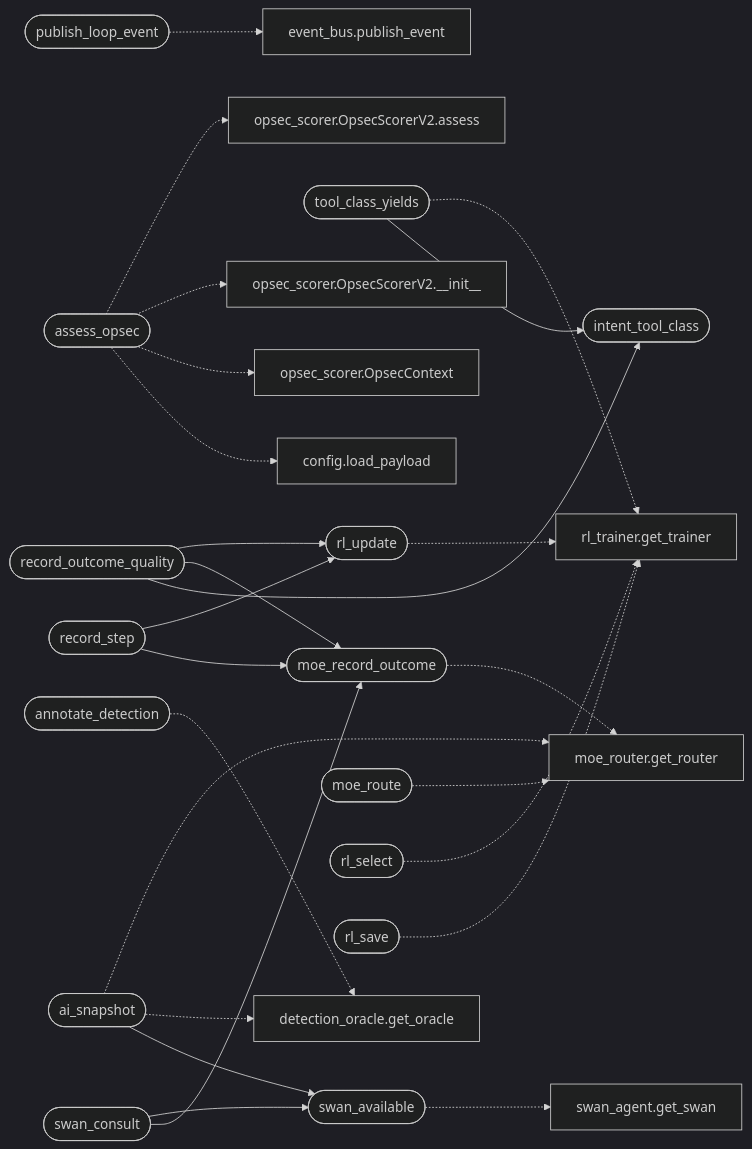
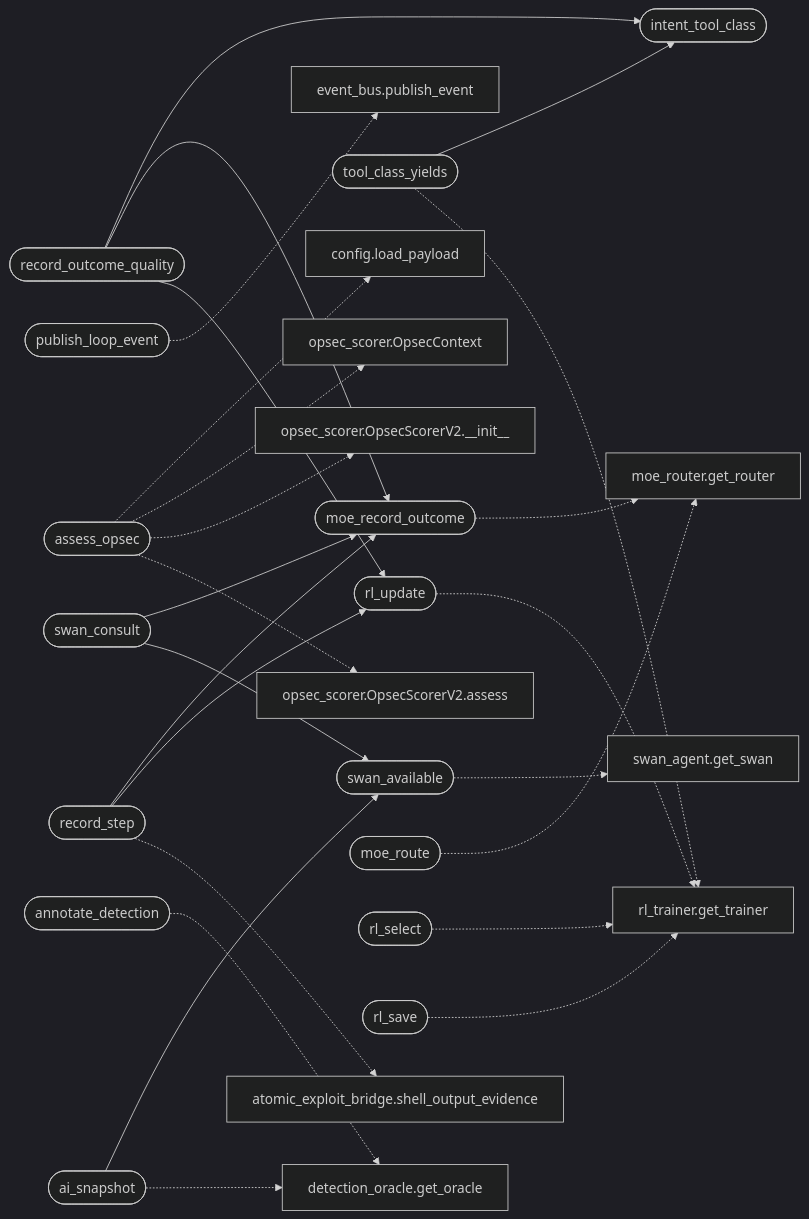
Before and after one commit to grisuno/LazyOwn: the diagram in readmenator-apidocs/modules/modules.loop_ai_bridge.py.md, drawn with Mermaid (dark theme). The commit also changed other lines of this file and 244 other files, not shown here.

````diff
--- a/readmenator-apidocs/modules/modules.loop_ai_bridge.py.md
+++ b/readmenator-apidocs/modules/modules.loop_ai_bridge.py.md
@@ -23,51 +23,52 @@
 ```mermaid
 flowchart LR
     n_modules_loop_ai_bridge_py__record_outcome_quality(["record_outcome_quality"])
     n_modules_loop_ai_bridge_py__intent_tool_class(["intent_tool_class"])
     n_modules_loop_ai_bridge_py__moe_record_outcome(["moe_record_outcome"])
     n_modules_loop_ai_bridge_py__rl_update(["rl_update"])
     n_modules_loop_ai_bridge_py__tool_class_yields(["tool_class_yields"])
     n_modules_loop_ai_bridge_py__record_step(["record_step"])
     n_modules_loop_ai_bridge_py__swan_consult(["swan_consult"])
     n_modules_loop_ai_bridge_py__swan_available(["swan_available"])
     n_modules_loop_ai_bridge_py__ai_snapshot(["ai_snapshot"])
     n_modules_loop_ai_bridge_py__publish_loop_event(["publish_loop_event"])
     n_modules_event_bus_py__publish_event["event_bus.publish_event"]
     n_modules_loop_ai_bridge_py__assess_opsec(["assess_opsec"])
     n_core_config_py__load_payload["config.load_payload"]
     n_modules_opsec_scorer_py__OpsecContext["opsec_scorer.OpsecContext"]
     n_modules_opsec_scorer_py__OpsecScorerV2___init__["opsec_scorer.OpsecScorerV2.__init__"]
     n_modules_opsec_scorer_py__OpsecScorerV2_assess["opsec_scorer.OpsecScorerV2.assess"]
     n_modules_rl_trainer_py__get_trainer["rl_trainer.get_trainer"]
     n_modules_loop_ai_bridge_py__annotate_detection(["annotate_detection"])
     n_modules_detection_oracle_py__get_oracle["detection_oracle.get_oracle"]
     n_modules_loop_ai_bridge_py__moe_route(["moe_route"])
     n_modules_moe_router_py__get_router["moe_router.get_router"]
     n_modules_loop_ai_bridge_py__rl_select(["rl_select"])
     n_modules_loop_ai_bridge_py__rl_save(["rl_save"])
+    n_modules_atomic_exploit_bridge_py__shell_output_evidence["atomic_exploit_bridge.shell_output_evidence"]
     n_skills_swan_agent_py__get_swan["swan_agent.get_swan"]
     n_modules_loop_ai_bridge_py__record_outcome_quality --> n_modules_loop_ai_bridge_py__intent_tool_class
     n_modules_loop_ai_bridge_py__record_outcome_quality --> n_modules_loop_ai_bridge_py__moe_record_outcome
     n_modules_loop_ai_bridge_py__record_outcome_quality --> n_modules_loop_ai_bridge_py__rl_update
     n_modules_loop_ai_bridge_py__tool_class_yields --> n_modules_loop_ai_bridge_py__intent_tool_class
     n_modules_loop_ai_bridge_py__record_step --> n_modules_loop_ai_bridge_py__moe_record_outcome
     n_modules_loop_ai_bridge_py__record_step --> n_modules_loop_ai_bridge_py__rl_update
     n_modules_loop_ai_bridge_py__swan_consult --> n_modules_loop_ai_bridge_py__moe_record_outcome
     n_modules_loop_ai_bridge_py__swan_consult --> n_modules_loop_ai_bridge_py__swan_available
     n_modules_loop_ai_bridge_py__ai_snapshot --> n_modules_loop_ai_bridge_py__swan_available
     n_modules_loop_ai_bridge_py__publish_loop_event -.-> n_modules_event_bus_py__publish_event
     n_modules_loop_ai_bridge_py__assess_opsec -.-> n_core_config_py__load_payload
     n_modules_loop_ai_bridge_py__assess_opsec -.-> n_modules_opsec_scorer_py__OpsecContext
     n_modules_loop_ai_bridge_py__assess_opsec -.-> n_modules_opsec_scorer_py__OpsecScorerV2___init__
     n_modules_loop_ai_bridge_py__assess_opsec -.-> n_modules_opsec_scorer_py__OpsecScorerV2_assess
     n_modules_loop_ai_bridge_py__tool_class_yields -.-> n_modules_rl_trainer_py__get_trainer
     n_modules_loop_ai_bridge_py__annotate_detection -.-> n_modules_detection_oracle_py__get_oracle
     n_modules_loop_ai_bridge_py__moe_route -.-> n_modules_moe_router_py__get_router
     n_modules_loop_ai_bridge_py__moe_record_outcome -.-> n_modules_moe_router_py__get_router
     n_modules_loop_ai_bridge_py__rl_select -.-> n_modules_rl_trainer_py__get_trainer
     n_modules_loop_ai_bridge_py__rl_update -.-> n_modules_rl_trainer_py__get_trainer
     n_modules_loop_ai_bridge_py__rl_save -.-> n_modules_rl_trainer_py__get_trainer
+    n_modules_loop_ai_bridge_py__record_step -.-> n_modules_atomic_exploit_bridge_py__shell_output_evidence
     n_modules_loop_ai_bridge_py__swan_available -.-> n_skills_swan_agent_py__get_swan
     n_modules_loop_ai_bridge_py__ai_snapshot -.-> n_modules_detection_oracle_py__get_oracle
-    n_modules_loop_ai_bridge_py__ai_snapshot -.-> n_modules_moe_router_py__get_router
 ```
````
